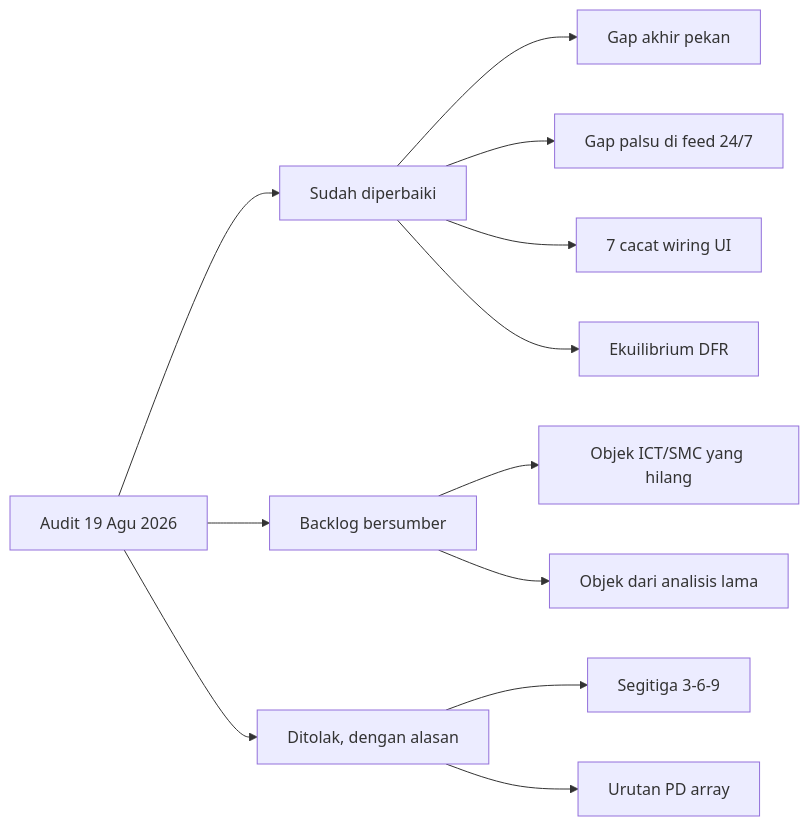
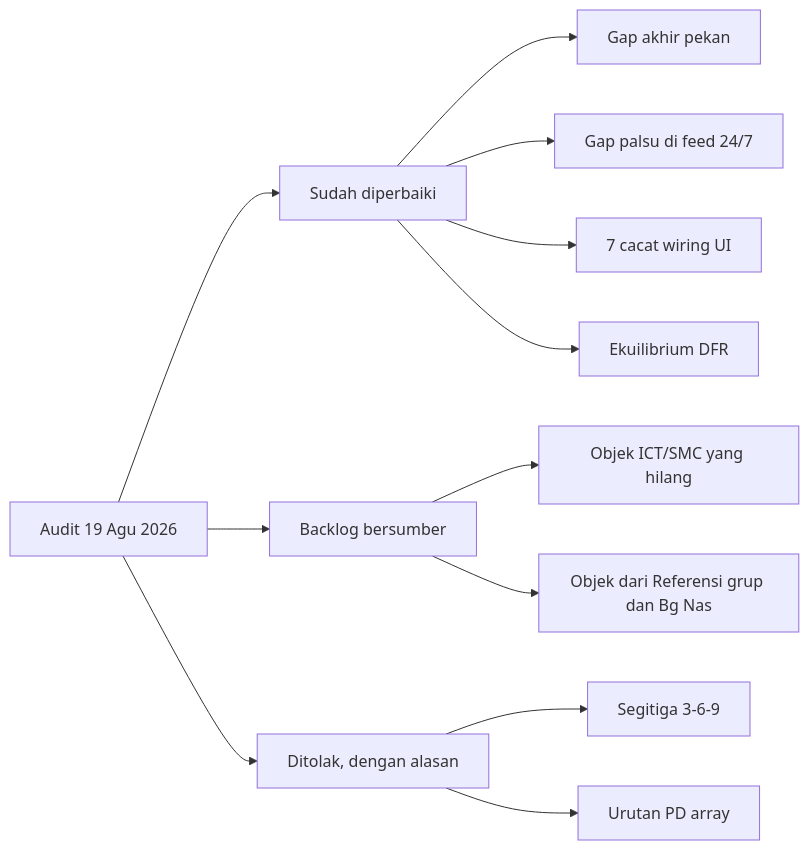
Before and after one commit to GifariKemal/Zonelab: the diagram in docs/BACKLOG.md, drawn with Mermaid. The commit also changed other lines of this file and 73 other files, not shown here.

````diff
--- a/docs/BACKLOG.md
+++ b/docs/BACKLOG.md
@@ -23,14 +23,14 @@
 ```mermaid
 flowchart LR
   A[Audit 19 Agu 2026] --> B[Sudah diperbaiki]
   A --> C[Backlog bersumber]
   A --> D[Ditolak, dengan alasan]
   B --> B1[Gap akhir pekan]
   B --> B2[Gap palsu di feed 24/7]
   B --> B3[7 cacat wiring UI]
   B --> B4[Ekuilibrium DFR]
   C --> C1[Objek ICT/SMC yang hilang]
-  C --> C2[Objek dari analisis lama]
+  C --> C2[Objek dari Referensi grup dan Bg Nas]
   D --> D1[Segitiga 3-6-9]
   D --> D2[Urutan PD array]
 ```
````
